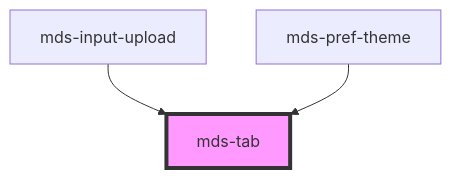
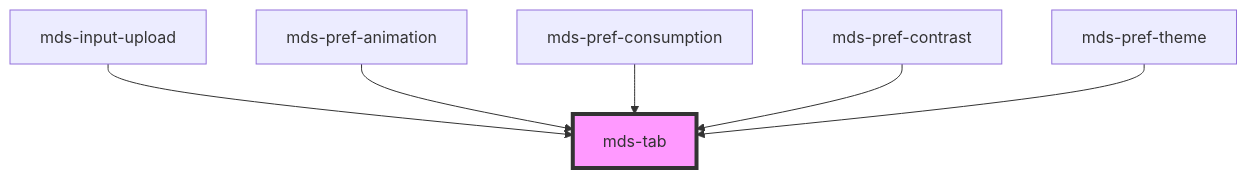
One commit to magma-design-system/magma changed the diagram in projects/stencil/src/components/mds-tab/readme.md. Above: the diagram before and after it, drawn with Mermaid. The commit also changed other lines of this file and 37 other files, not shown here.

Commit message:
feat(mds-pref): add component draft

````diff
--- a/projects/stencil/src/components/mds-tab/readme.md
+++ b/projects/stencil/src/components/mds-tab/readme.md
@@ -49,6 +52,9 @@
 ```mermaid
 graph TD;
   mds-input-upload --> mds-tab
+  mds-pref-animation --> mds-tab
+  mds-pref-consumption --> mds-tab
+  mds-pref-contrast --> mds-tab
   mds-pref-theme --> mds-tab
   style mds-tab fill:#f9f,stroke:#333,stroke-width:4px
 ```
````
